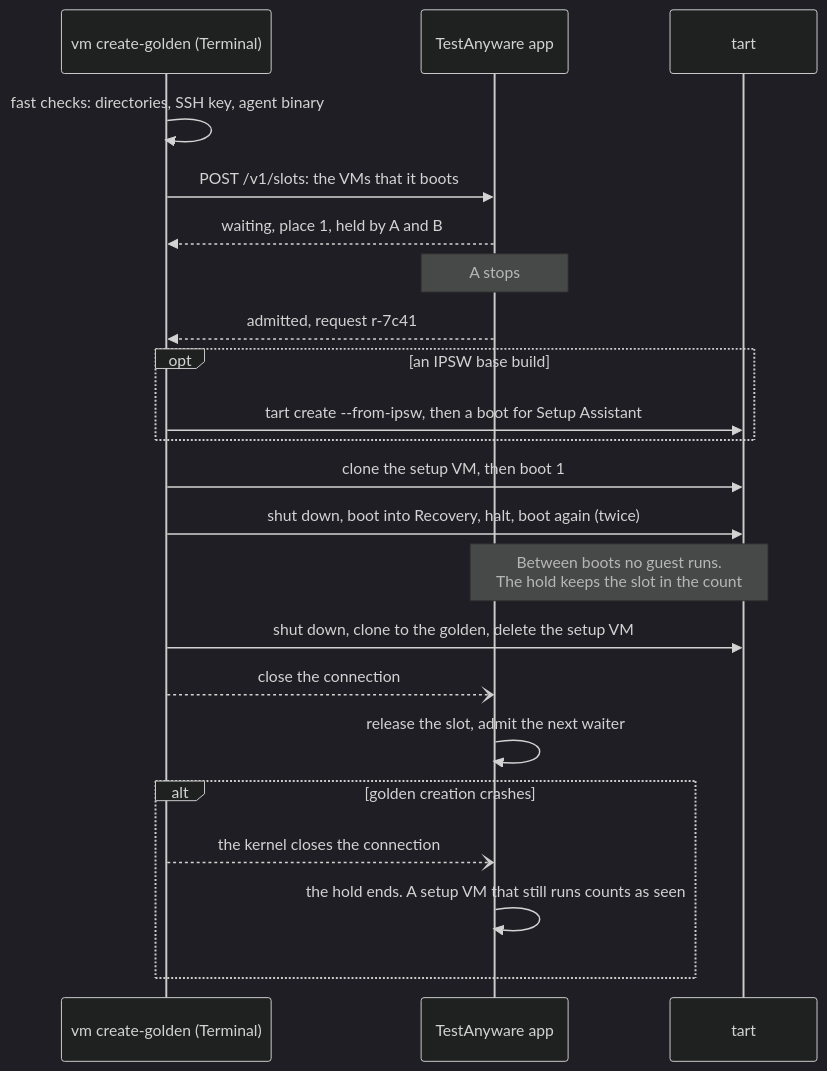
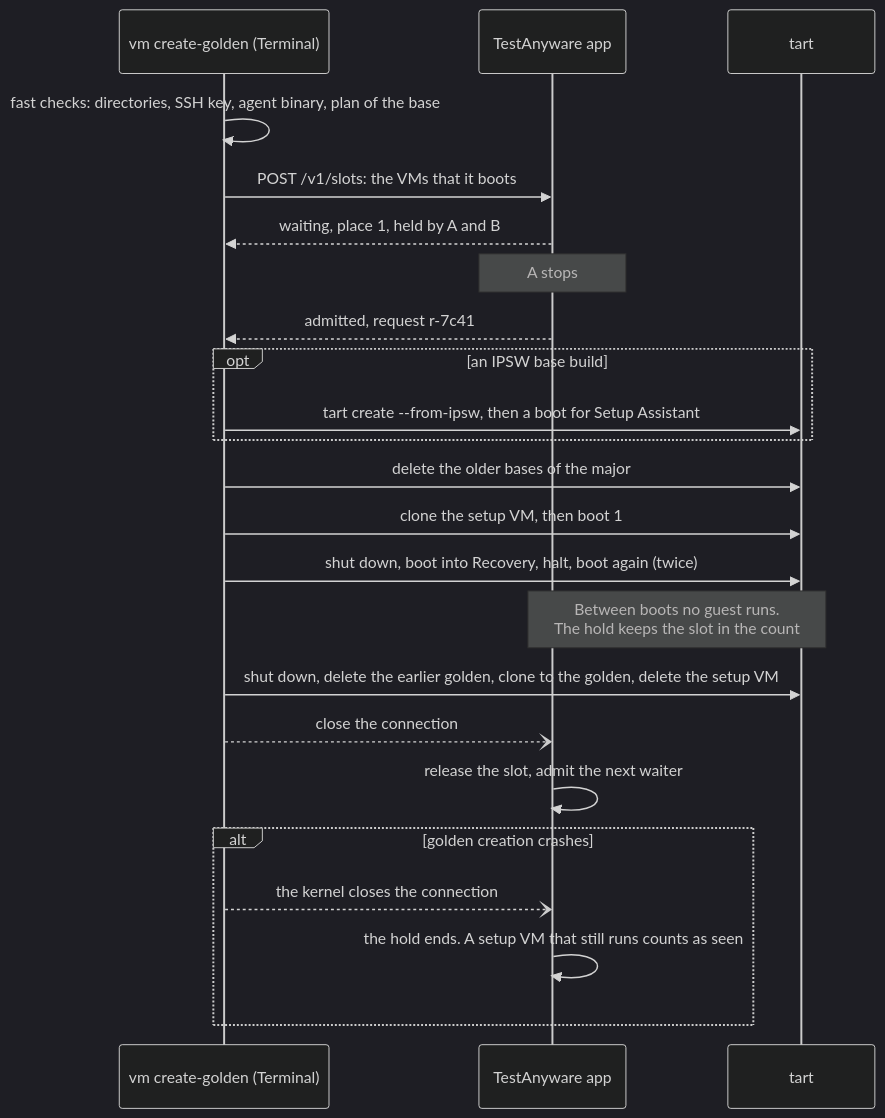
The fifth of 7 diagrams in docs/specs/admission-queue.md (Linkuistics/TestAnyware), drawn with Mermaid (dark theme) before and after one commit. The commit also changed other lines of this file and 34 other files, not shown here.

````diff
--- a/docs/specs/admission-queue.md
+++ b/docs/specs/admission-queue.md
@@ -528,24 +532,25 @@
 ```mermaid
 sequenceDiagram
   participant G as vm create-golden (Terminal)
   participant P as TestAnyware app
   participant T as tart
-  G->>G: fast checks: directories, SSH key, agent binary
+  G->>G: fast checks: directories, SSH key, agent binary, plan of the base
   G->>P: POST /v1/slots: the VMs that it boots
   P-->>G: waiting, place 1, held by A and B
   Note over P: A stops
   P-->>G: admitted, request r-7c41
   opt an IPSW base build
     G->>T: tart create --from-ipsw, then a boot for Setup Assistant
   end
+  G->>T: delete the older bases of the major
   G->>T: clone the setup VM, then boot 1
   G->>T: shut down, boot into Recovery, halt, boot again (twice)
   Note over P,T: Between boots no guest runs.<br/>The hold keeps the slot in the count
-  G->>T: shut down, clone to the golden, delete the setup VM
+  G->>T: shut down, delete the earlier golden, clone to the golden, delete the setup VM
   G--)P: close the connection
   P->>P: release the slot, admit the next waiter
   alt golden creation crashes
     G--)P: the kernel closes the connection
     P->>P: the hold ends. A setup VM that still runs counts as seen
   end
 ```
````
